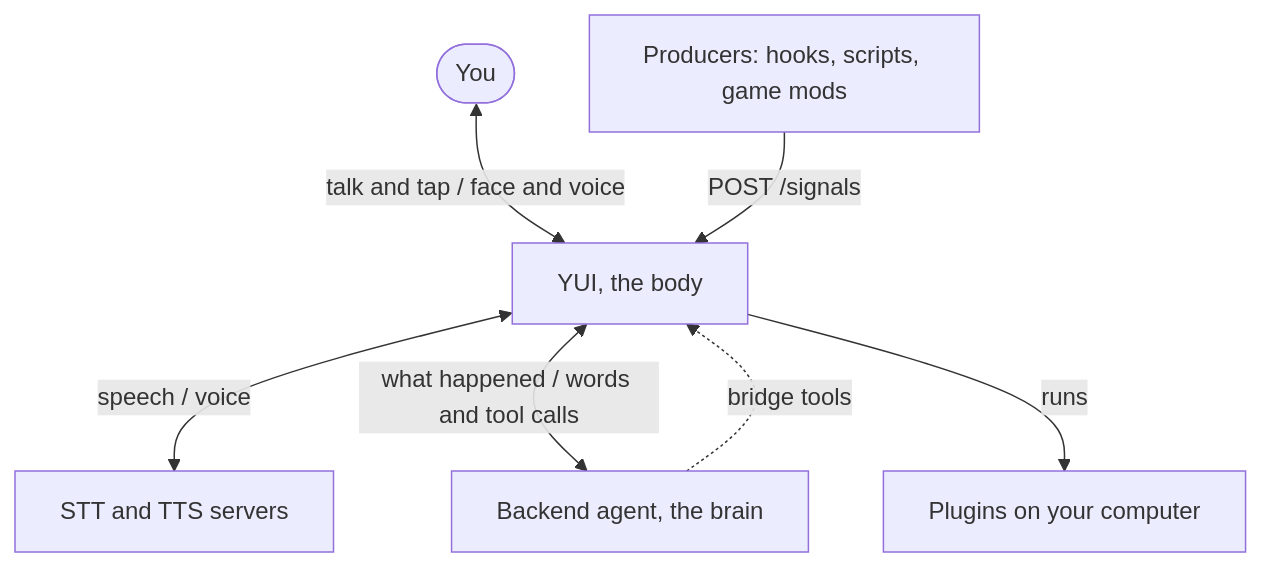
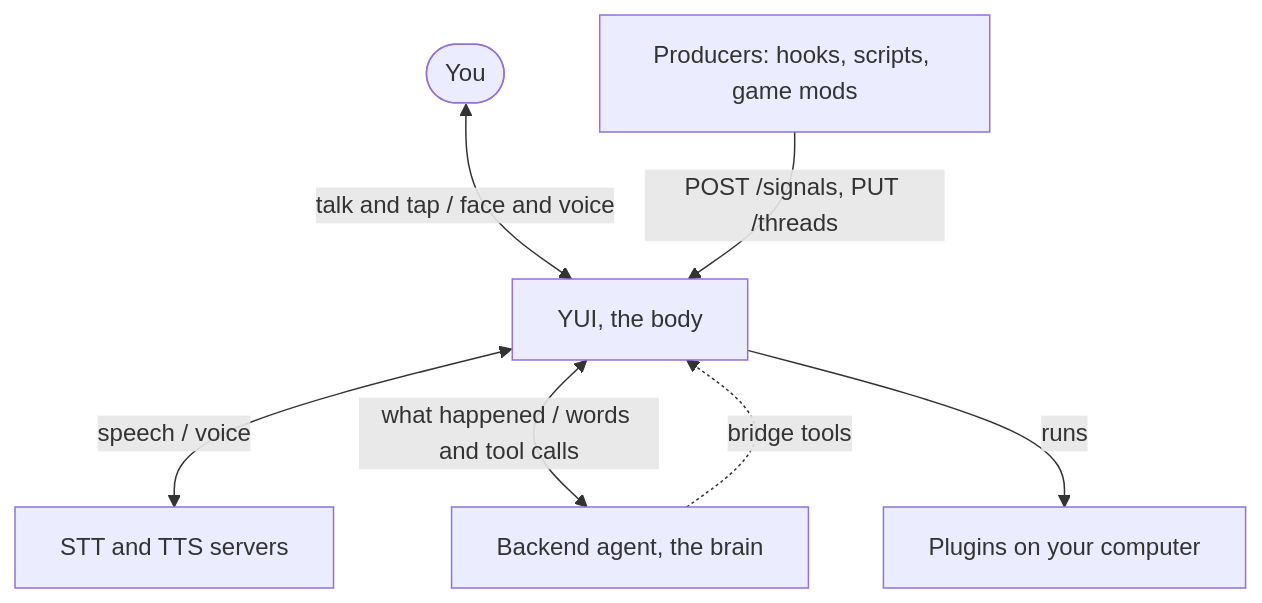
One commit to yw0nam/YUI changed the first of 2 diagrams in docs/guide/how-it-works.md. Above: the diagram before and after it, drawn with Mermaid. The commit also changed 27 other files, not shown here.

````diff
--- a/docs/guide/how-it-works.md
+++ b/docs/guide/how-it-works.md
@@ -5,16 +5,16 @@
 ```mermaid
 flowchart TB
   you(["You"])
   producers["Producers: hooks, scripts, game mods"]
   yui["YUI, the body"]
   voice["STT and TTS servers"]
   brain["Backend agent, the brain"]
   plugins["Plugins on your computer"]
 
   you <-->|"talk and tap / face and voice"| yui
-  producers -->|"POST /signals"| yui
+  producers -->|"POST /signals, PUT /threads"| yui
   yui <-->|"speech / voice"| voice
   yui <-->|"what happened / words and tool calls"| brain
   yui -->|"runs"| plugins
   brain -.->|"bridge tools"| yui
 ```
````
